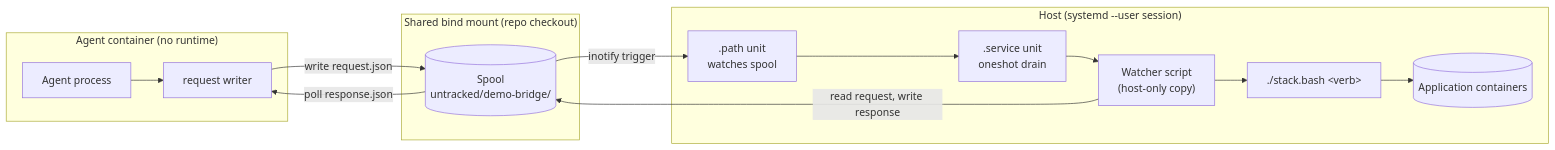
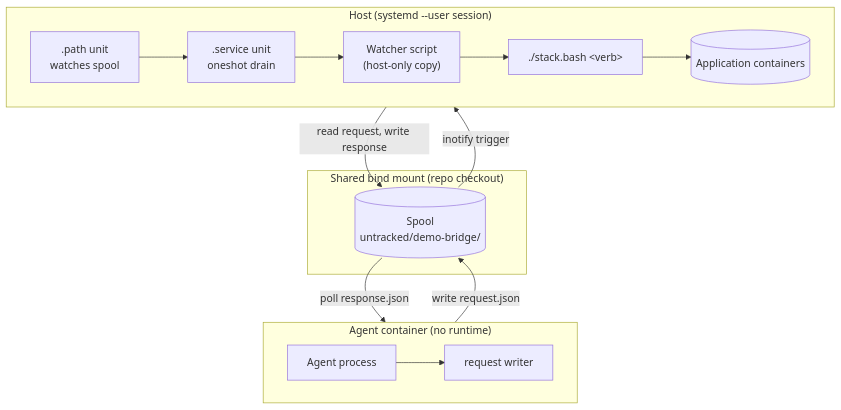
The diagram in CLAUDE/Plan/Completed/00013-host-action-bridge-article/reference/diagrams/architecture.mmd (LTSCommerce/site), drawn with Mermaid before and after one commit. The commit also changed 3 other files, not shown here.

First line of the commit message:
Fix architecture diagram: flowchart TB instead of LR, larger font

```diff
--- a/CLAUDE/Plan/Completed/00013-host-action-bridge-article/reference/diagrams/architecture.mmd
+++ b/CLAUDE/Plan/Completed/00013-host-action-bridge-article/reference/diagrams/architecture.mmd
@@ -1,18 +1,20 @@
-flowchart LR
+flowchart TB
     subgraph agent["Agent container (no runtime)"]
+        direction LR
         A[Agent process] --> W[request writer]
     end
     subgraph mount["Shared bind mount (repo checkout)"]
         S[("Spool\nuntracked/demo-bridge/")]
     end
     subgraph host["Host (systemd --user session)"]
+        direction LR
         P[".path unit\nwatches spool"] --> D[".service unit\noneshot drain"]
         D --> V["Watcher script\n(host-only copy)"]
         V --> O["./stack.bash &lt;verb&gt;"]
         O --> C[(Application containers)]
     end
 
     W -- "write request.json" --> S
     S -- "inotify trigger" --> P
     V -- "read request, write response" --> S
     S -- "poll response.json" --> W
```
